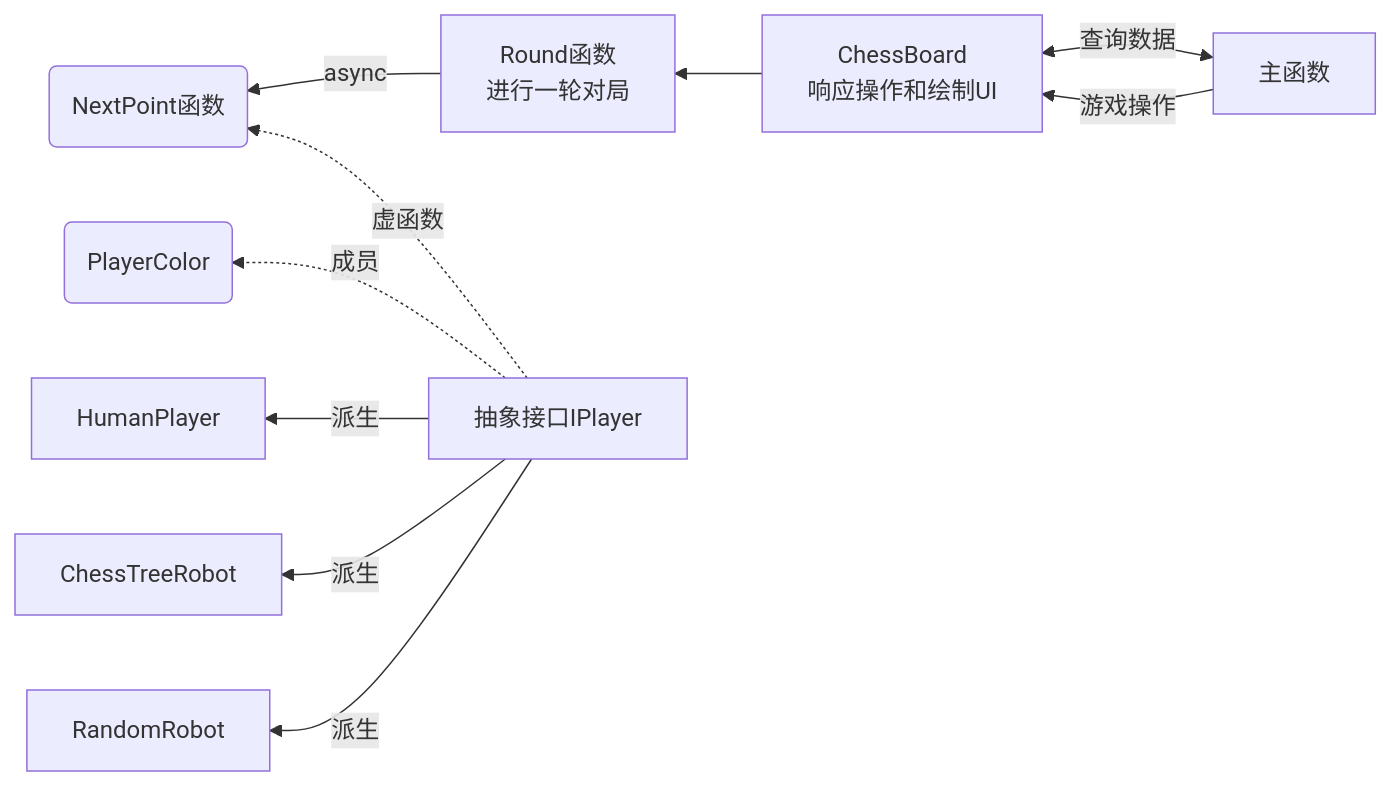
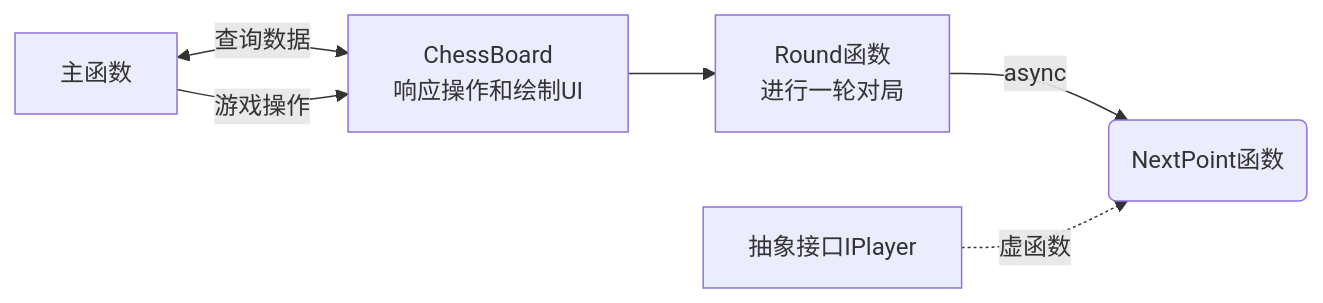
Before and after one commit to TwilightLemon/GobangCat: the fourth of 13 diagrams in Document/doc.md, drawn with Mermaid. The commit also changed other lines of this file and 8 other files, not shown here.

````diff
--- a/Document/doc.md
+++ b/Document/doc.md
@@ -45,10 +60,6 @@
 ```mermaid
-graph RL;
+graph LR;
     main[主函数]<--查询数据-->board[ChessBoard\n响应操作和绘制UI]-->Round函数\n进行一轮对局--async-->ip1
     main--游戏操作-->board
     ip[抽象接口IPlayer]-.虚函数.->ip1(NextPoint函数)
-    ip-.成员.->ip2(PlayerColor)
-    ip--派生--> HumanPlayer
-    ip--派生--> ct[ChessTreeRobot]
-    ip--派生--> RandomRobot
 ```
````
